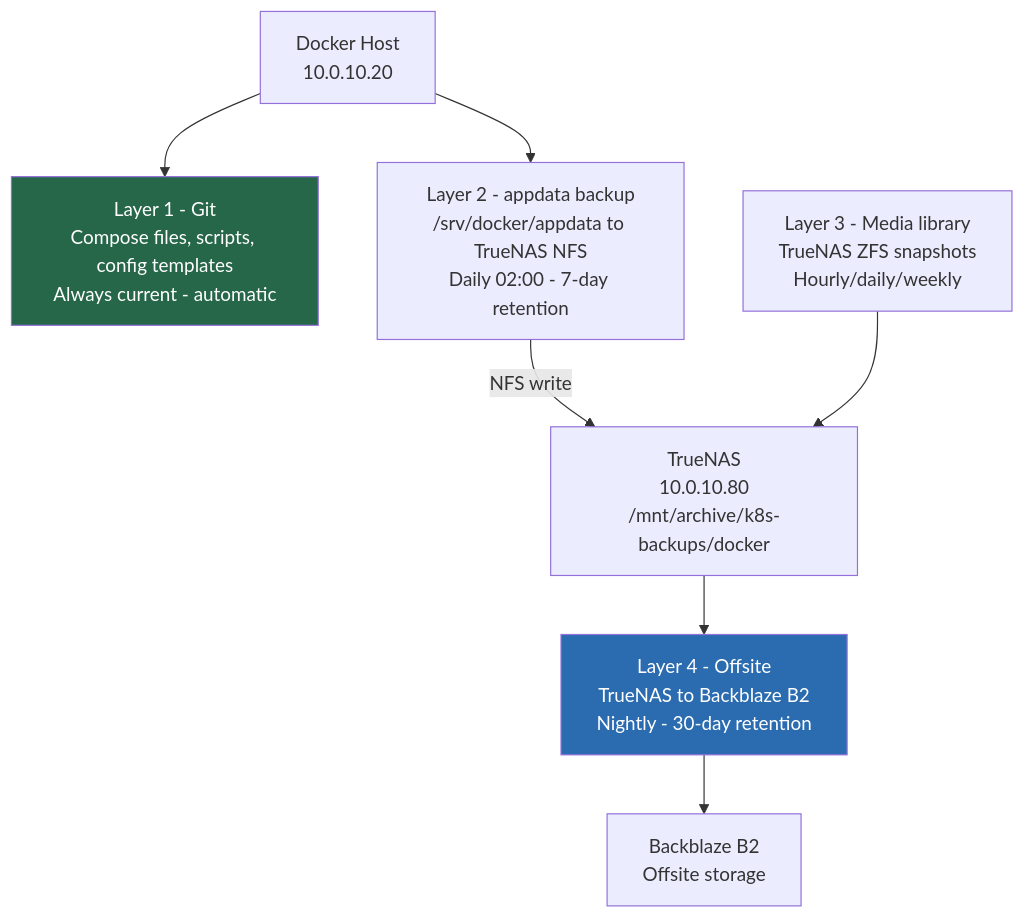
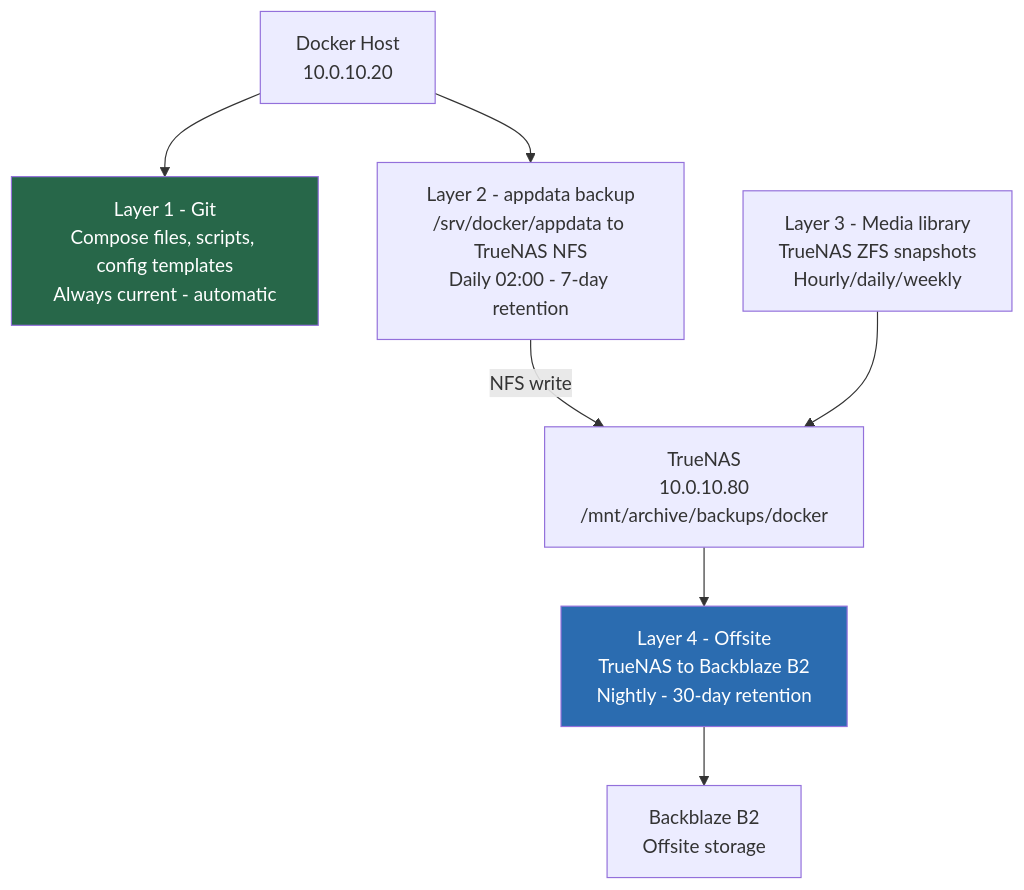
Before and after one commit to Kagiso-me/homelab-infrastructure: the first of 2 diagrams in docker/docs/05_backups_and_disaster_recovery.md, drawn with Mermaid. The commit also changed other lines of this file and 22 other files, not shown here.

````diff
--- a/docker/docs/05_backups_and_disaster_recovery.md
+++ b/docker/docs/05_backups_and_disaster_recovery.md
@@ -19,17 +19,17 @@
 ```mermaid
 graph TD
     L1["Layer 1 - Git\nCompose files, scripts, config templates\nAlways current - automatic"]
     L2["Layer 2 - appdata backup\n/srv/docker/appdata to TrueNAS NFS\nDaily 02:00 - 7-day retention"]
     L3["Layer 3 - Media library\nTrueNAS ZFS snapshots\nHourly/daily/weekly"]
     L4["Layer 4 - Offsite\nTrueNAS to Backblaze B2\nNightly - 30-day retention"]
 
     DockerHost["Docker Host\n10.0.10.20"] --> L1
     DockerHost --> L2
-    L2 -->|"NFS write"| TrueNAS["TrueNAS\n10.0.10.80\n/mnt/archive/k8s-backups/docker"]
+    L2 -->|"NFS write"| TrueNAS["TrueNAS\n10.0.10.80\n/mnt/archive/backups/docker"]
     L3 --> TrueNAS
     TrueNAS --> L4
     L4 --> B2["Backblaze B2\nOffsite storage"]
 
     style L1 fill:#276749,color:#fff
     style L4 fill:#2b6cb0,color:#fff
 ```
````
